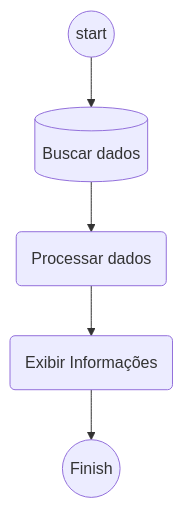
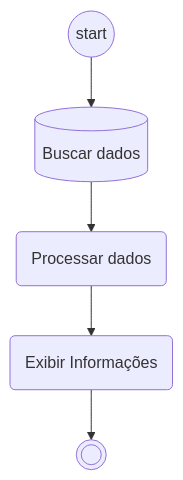
One commit to edmilson-nascimento/alv-3-passos changed the diagram in README.md. Above: the diagram before and after it, drawn with Mermaid.

````diff
--- a/README.md
+++ b/README.md
@@ -20,7 +20,7 @@
 ```mermaid
 flowchart TD
     Start((start)) --> SAPData[(Buscar dados)]
     SAPData --> SAPProcess(Processar dados)
     SAPProcess --> SAPInfo(Exibir Informações)
-    SAPInfo --> FinishNew((Finish))
+    SAPInfo --> FinishNew((( )))
 ```
````
